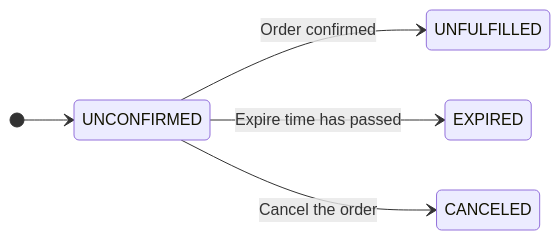
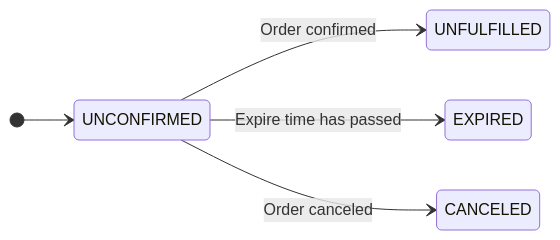
One commit to saleor/saleor-docs changed the third of 10 diagrams in docs/developer/order-status.mdx. Above: the diagram before and after it, drawn with Mermaid. The commit also changed other lines of this file, not shown here.

````diff
--- a/docs/developer/order-status.mdx
+++ b/docs/developer/order-status.mdx
@@ -78,11 +78,11 @@
 ```mermaid
 stateDiagram-v2
     direction LR
 
     [*] --> UNCONFIRMED
 
     UNCONFIRMED --> UNFULFILLED: Order confirmed
     UNCONFIRMED --> EXPIRED: Expire time has passed
-    UNCONFIRMED --> CANCELED: Cancel the order
+    UNCONFIRMED --> CANCELED: Order canceled
 
 ```
````
